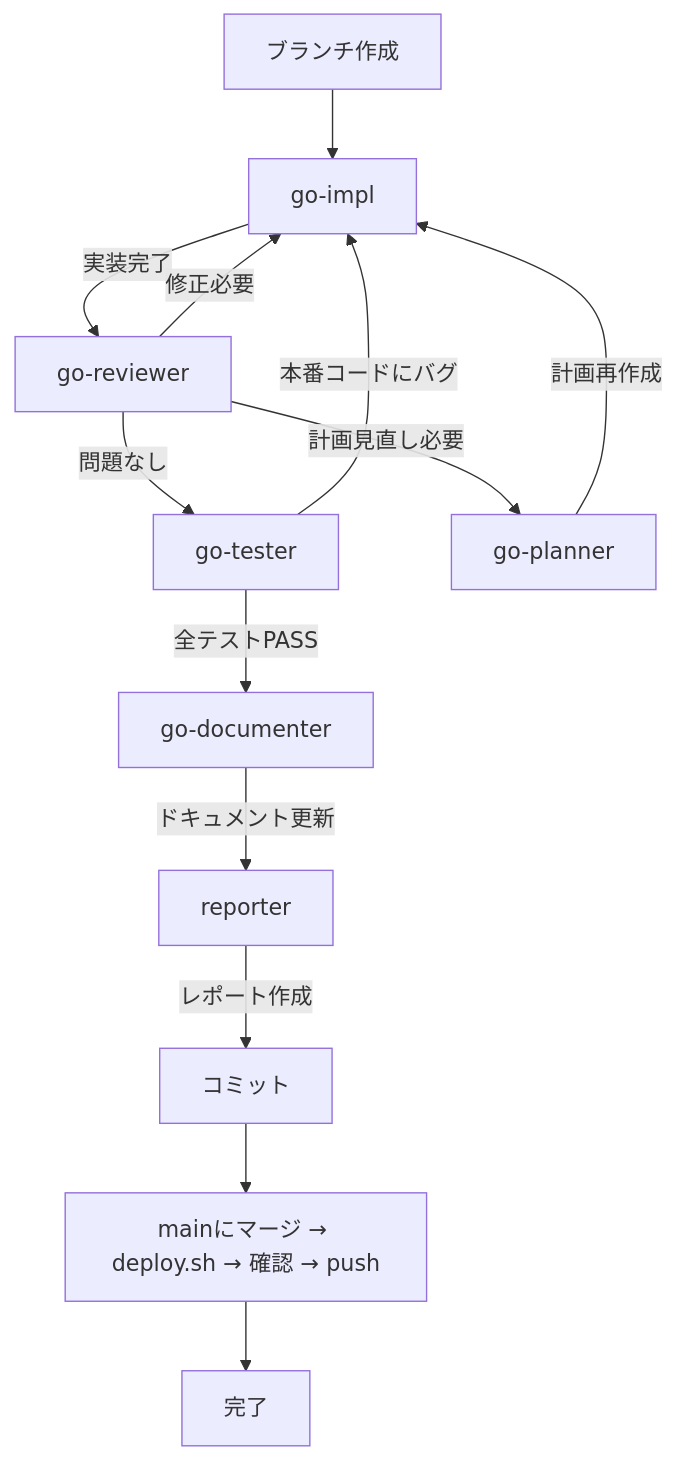
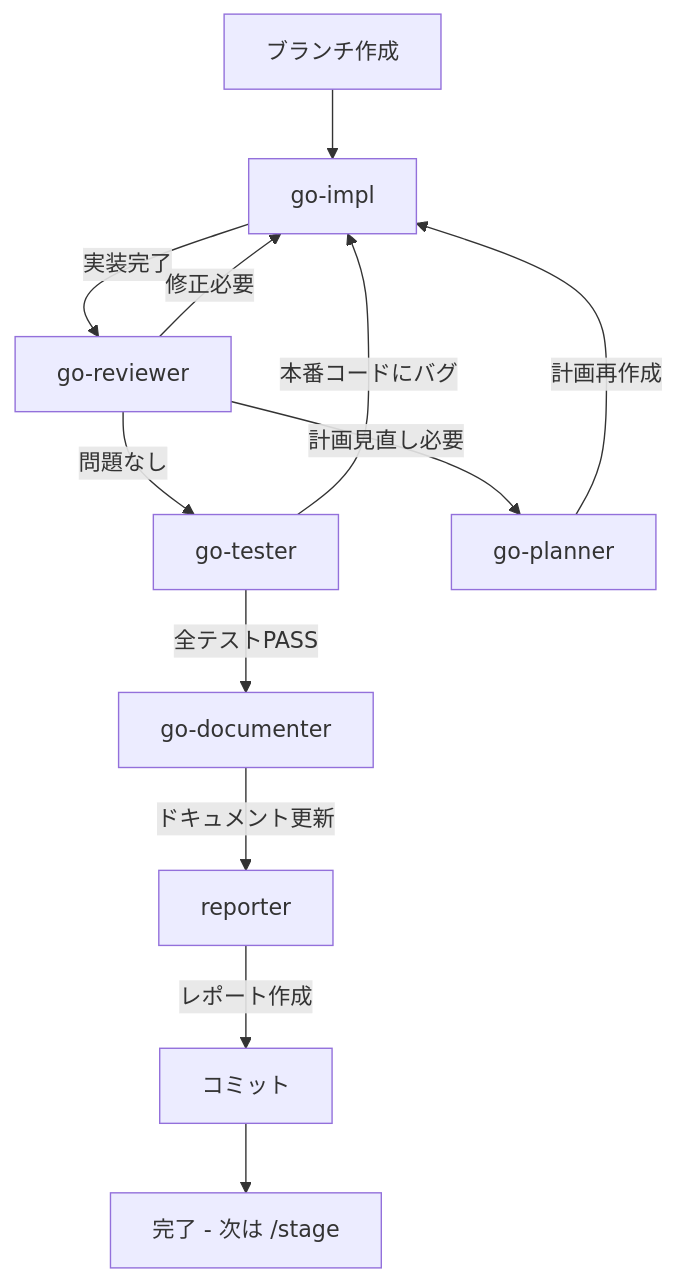
One commit to nyan-tama/Ghostrunner changed the diagram in .claude/commands/go.md. Above: the diagram before and after it, drawn with Mermaid. The commit also changed other lines of this file and 14 other files, not shown here.

````diff
--- a/.claude/commands/go.md
+++ b/.claude/commands/go.md
@@ -7,15 +7,14 @@
 ```mermaid
 flowchart TD
     Start[ブランチ作成] --> A[go-impl]
     A -->|実装完了| B[go-reviewer]
     B -->|問題なし| B2[go-tester]
     B -->|修正必要| A
     B -->|計画見直し必要| D[go-planner]
     D -->|計画再作成| A
     B2 -->|全テストPASS| C[go-documenter]
     B2 -->|本番コードにバグ| A
     C -->|ドキュメント更新| E[reporter]
     E -->|レポート作成| F[コミット]
-    F --> N[mainにマージ → deploy.sh → 確認 → push]
-    N --> G[完了]
+    F --> G[完了 - 次は /stage]
 ```
````
